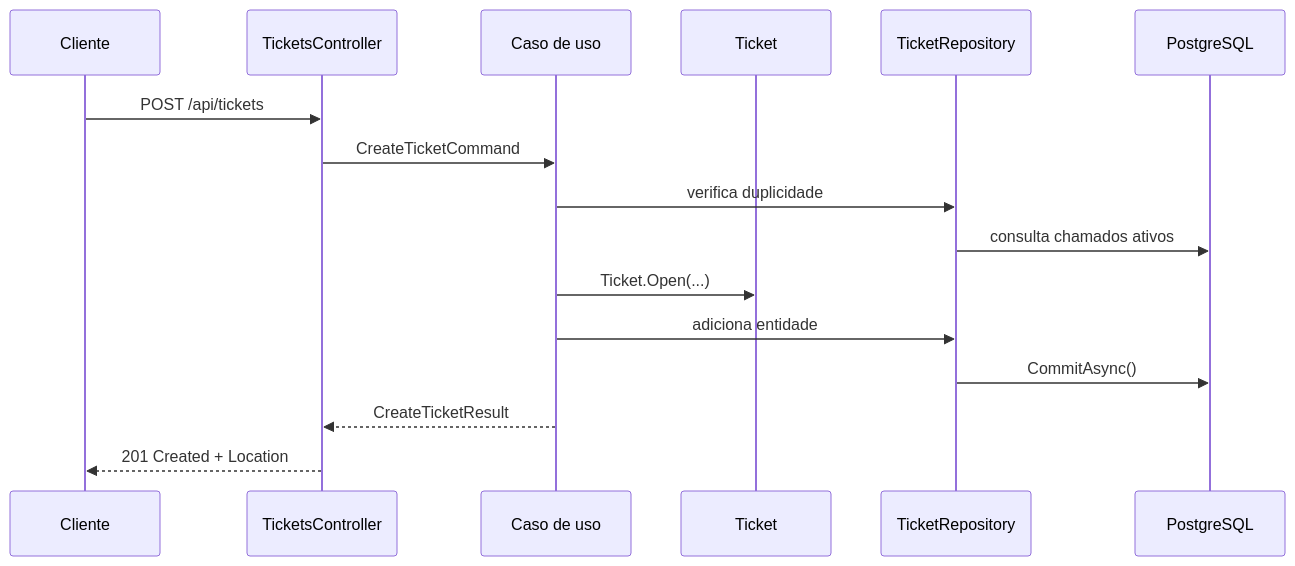
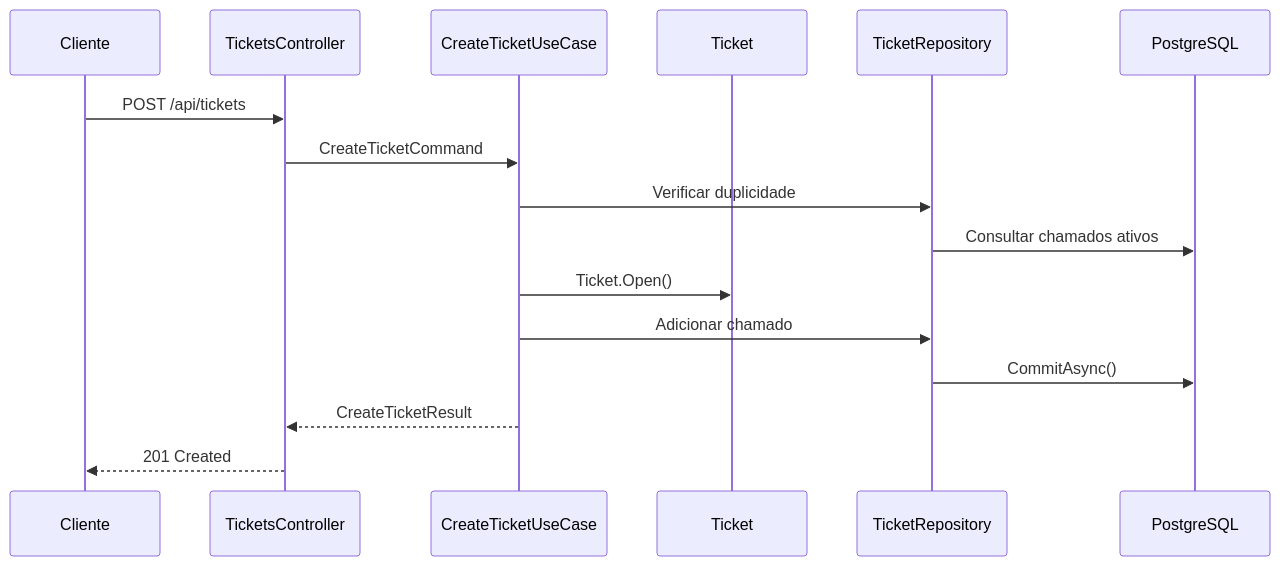
One commit to Peterson-Benhame/CorporateServiceDesk changed the second of 3 diagrams in README.md. Above: the diagram before and after it, drawn with Mermaid. The commit also changed other lines of this file, not shown here.

````diff
--- a/README.md
+++ b/README.md
@@ -201,19 +122,19 @@
 ```mermaid
 sequenceDiagram
-    participant C as Cliente
-    participant A as TicketsController
-    participant U as Caso de uso
-    participant D as Ticket
-    participant R as TicketRepository
-    participant P as PostgreSQL
+    participant Client as Cliente
+    participant Controller as TicketsController
+    participant UseCase as CreateTicketUseCase
+    participant Domain as Ticket
+    participant Repository as TicketRepository
+    participant Database as PostgreSQL
 
-    C->>A: POST /api/tickets
-    A->>U: CreateTicketCommand
-    U->>R: verifica duplicidade
-    R->>P: consulta chamados ativos
-    U->>D: Ticket.Open(...)
-    U->>R: adiciona entidade
-    R->>P: CommitAsync()
-    U-->>A: CreateTicketResult
-    A-->>C: 201 Created + Location
+    Client->>Controller: POST /api/tickets
+    Controller->>UseCase: CreateTicketCommand
+    UseCase->>Repository: Verificar duplicidade
+    Repository->>Database: Consultar chamados ativos
+    UseCase->>Domain: Ticket.Open()
+    UseCase->>Repository: Adicionar chamado
+    Repository->>Database: CommitAsync()
+    UseCase-->>Controller: CreateTicketResult
+    Controller-->>Client: 201 Created
 ```
````
